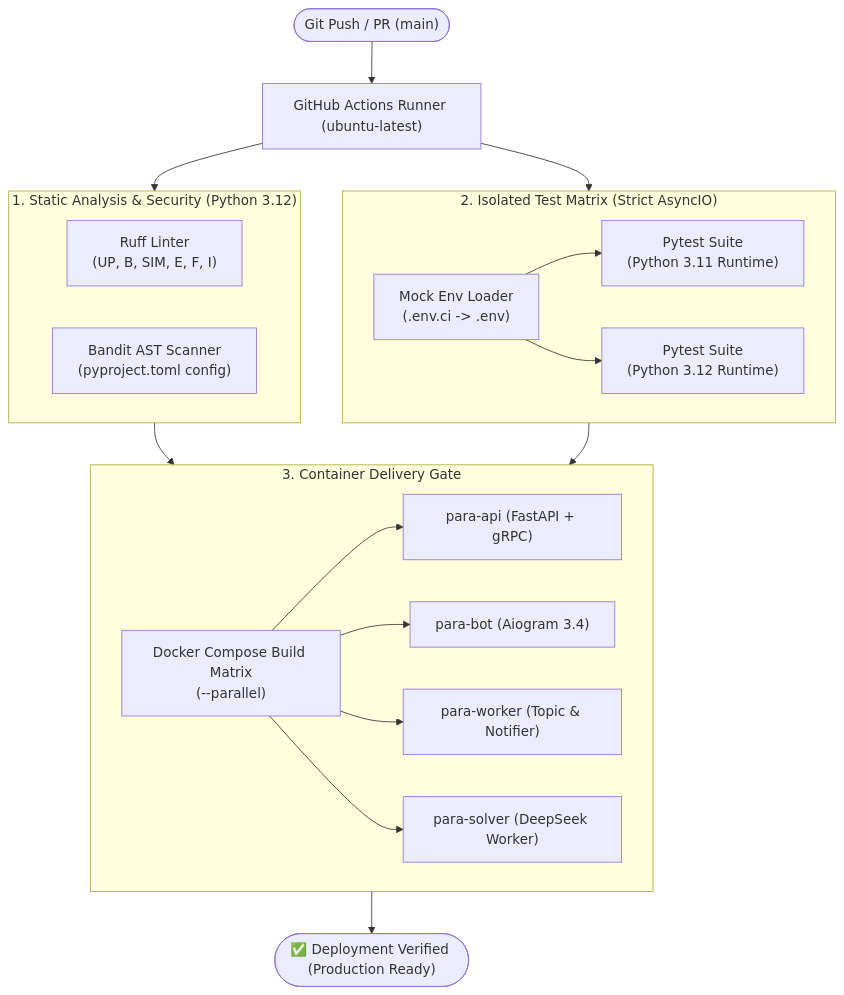
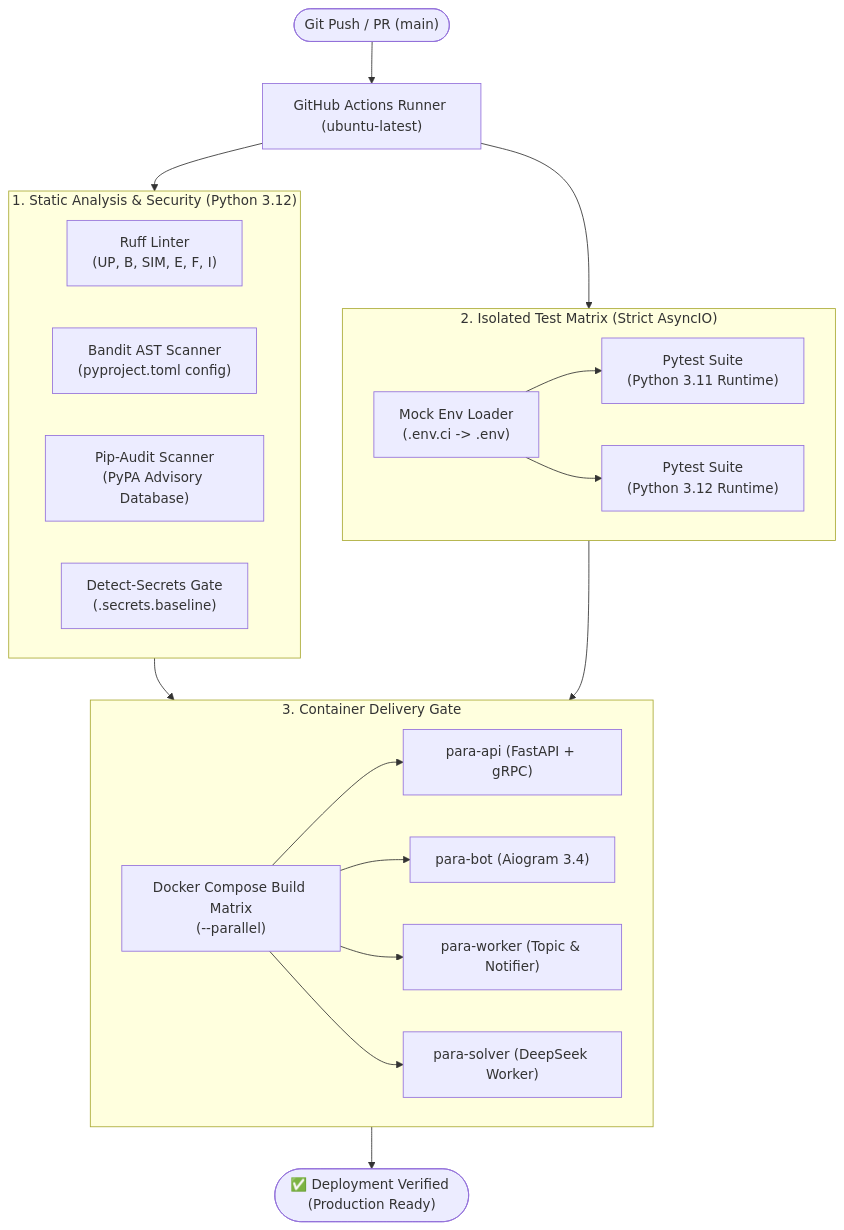
Before and after one commit to Utkautka1/para: diagram 34 of 38 in docs/UML.md, drawn with Mermaid. The commit also changed other lines of this file and 145 other files, not shown here.

First line of the commit message:
feat(security): implement Phase 1 hardening, pre-commit audit, pip-audit CI scan, and security governance

````diff
--- a/docs/UML.md
+++ b/docs/UML.md
@@ -2323,38 +2324,40 @@
 ```mermaid
 flowchart TD
     GitPush(["Git Push / PR (main)"]) --> Trigger["GitHub Actions Runner (ubuntu-latest)"]
-    
+
     subgraph Stage1["1. Static Analysis & Security (Python 3.12)"]
         Ruff["Ruff Linter\n(UP, B, SIM, E, F, I)"]
         Bandit["Bandit AST Scanner\n(pyproject.toml config)"]
+        PipAudit["Pip-Audit Scanner\n(PyPA Advisory Database)"]
+        DetectSecrets["Detect-Secrets Gate\n(.secrets.baseline)"]
     end
-    
+
     subgraph Stage2["2. Isolated Test Matrix (Strict AsyncIO)"]
         Py311["Pytest Suite\n(Python 3.11 Runtime)"]
         Py312["Pytest Suite\n(Python 3.12 Runtime)"]
         EnvCI["Mock Env Loader\n(.env.ci -> .env)"]
     end
-    
+
     subgraph Stage3["3. Container Delivery Gate"]
         DockerBuild["Docker Compose Build Matrix\n(--parallel)"]
         SrvApi["para-api (FastAPI + gRPC)"]
         SrvBot["para-bot (Aiogram 3.4)"]
         SrvWorker["para-worker (Topic & Notifier)"]
         SrvSolver["para-solver (DeepSeek Worker)"]
     end
-    
+
     Trigger --> Stage1
     Trigger --> Stage2
     Stage1 --> Stage3
     Stage2 --> Stage3
-    
+
     EnvCI --> Py311
     EnvCI --> Py312
-    
+
     DockerBuild --> SrvApi
     DockerBuild --> SrvBot
     DockerBuild --> SrvWorker
     DockerBuild --> SrvSolver
-    
+
     Stage3 --> Success(["✅ Deployment Verified (Production Ready)"])
 ```
````
